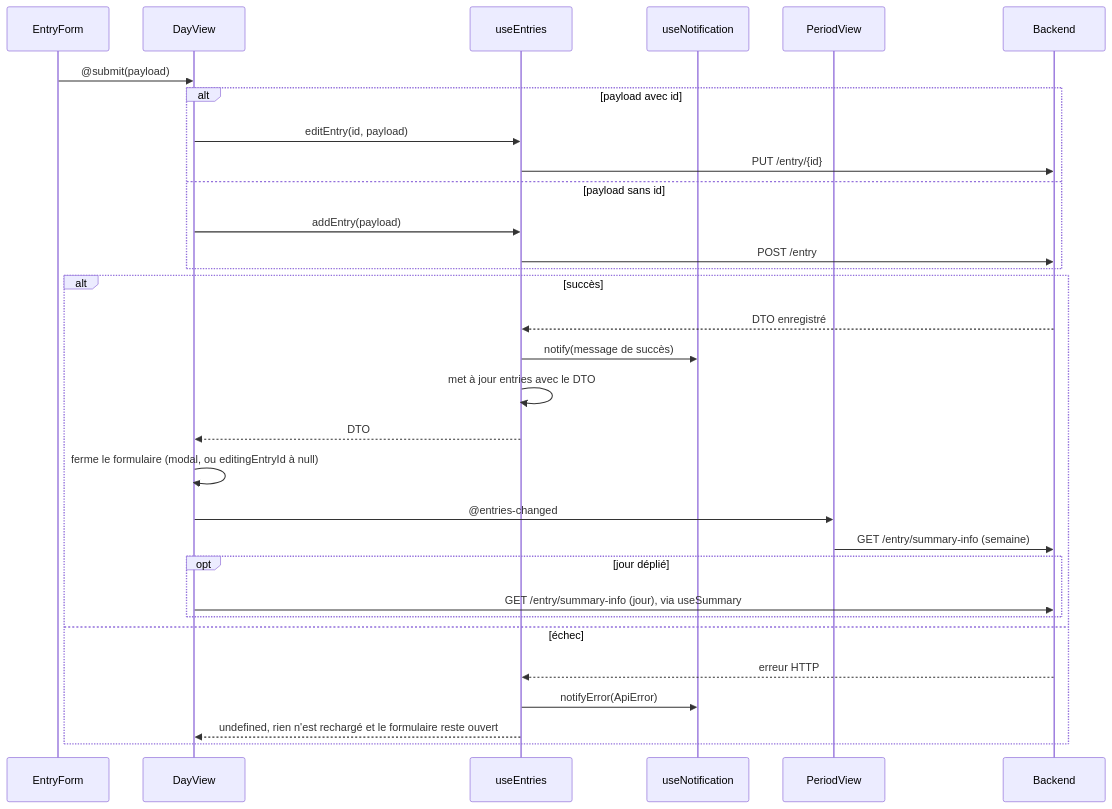
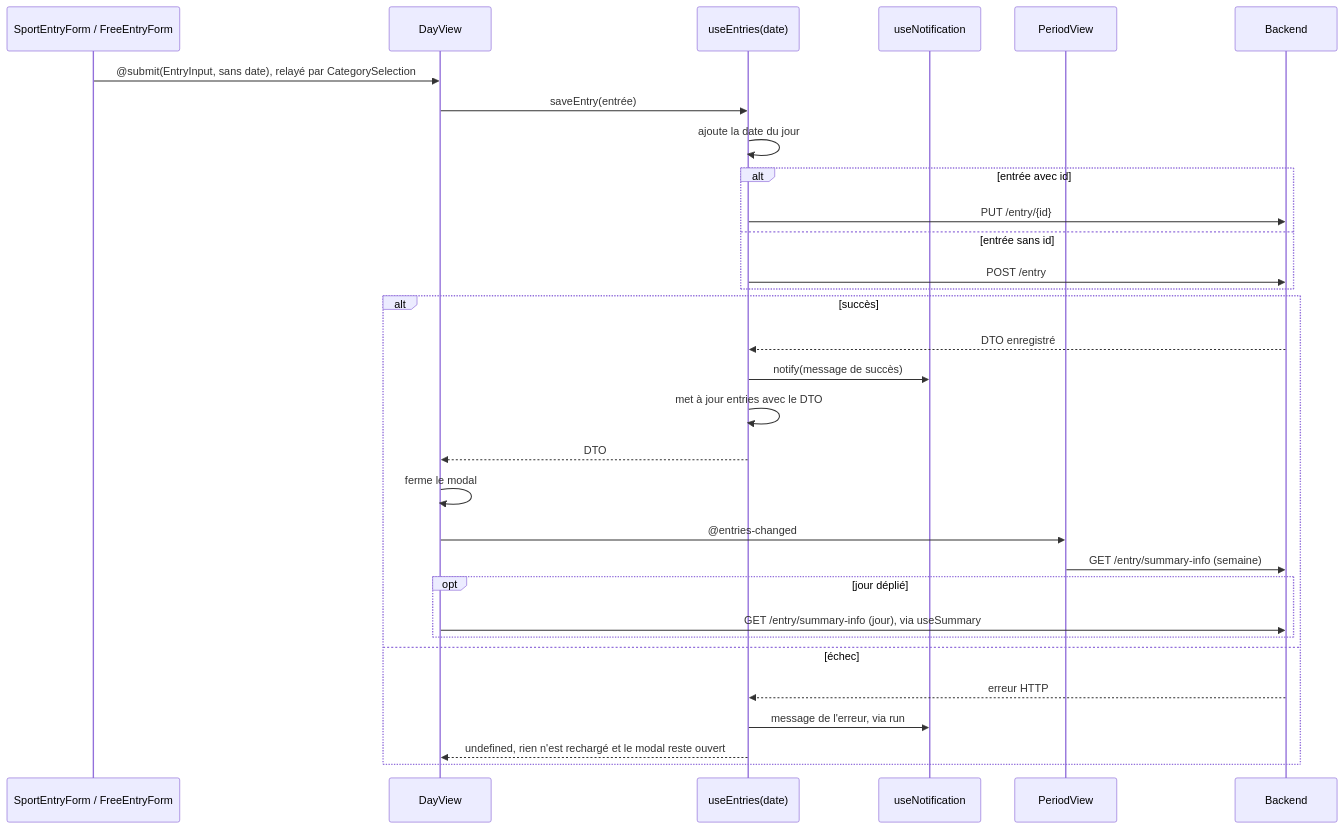
Before and after one commit to brieuc/dailyvue: diagram 13 of 16 in docs/dependances.md, drawn with Mermaid. The commit also changed other lines of this file and 30 other files, not shown here.

````diff
--- a/docs/dependances.md
+++ b/docs/dependances.md
@@ -341,34 +347,34 @@
 ```mermaid
 sequenceDiagram
-    participant Form as EntryForm
+    participant Form as SportEntryForm / FreeEntryForm
     participant D as DayView
-    participant E as useEntries
+    participant E as useEntries(date)
     participant N as useNotification
     participant PV as PeriodView
     participant B as Backend
 
-    Form->>D: @submit(payload)
-    alt payload avec id
-        D->>E: editEntry(id, payload)
+    Form->>D: @submit(EntryInput, sans date), relayé par CategorySelection
+    D->>E: saveEntry(entrée)
+    E->>E: ajoute la date du jour
+    alt entrée avec id
         E->>B: PUT /entry/{id}
-    else payload sans id
-        D->>E: addEntry(payload)
+    else entrée sans id
         E->>B: POST /entry
     end
     alt succès
         B-->>E: DTO enregistré
         E->>N: notify(message de succès)
         E->>E: met à jour entries avec le DTO
         E-->>D: DTO
-        D->>D: ferme le formulaire (modal, ou editingEntryId à null)
+        D->>D: ferme le modal
         D->>PV: @entries-changed
         PV->>B: GET /entry/summary-info (semaine)
         opt jour déplié
             D->>B: GET /entry/summary-info (jour), via useSummary
         end
     else échec
         B-->>E: erreur HTTP
-        E->>N: notifyError(ApiError)
-        E-->>D: undefined, rien n'est rechargé et le formulaire reste ouvert
+        E->>N: message de l'erreur, via run
+        E-->>D: undefined, rien n'est rechargé et le modal reste ouvert
     end
 ```
````
